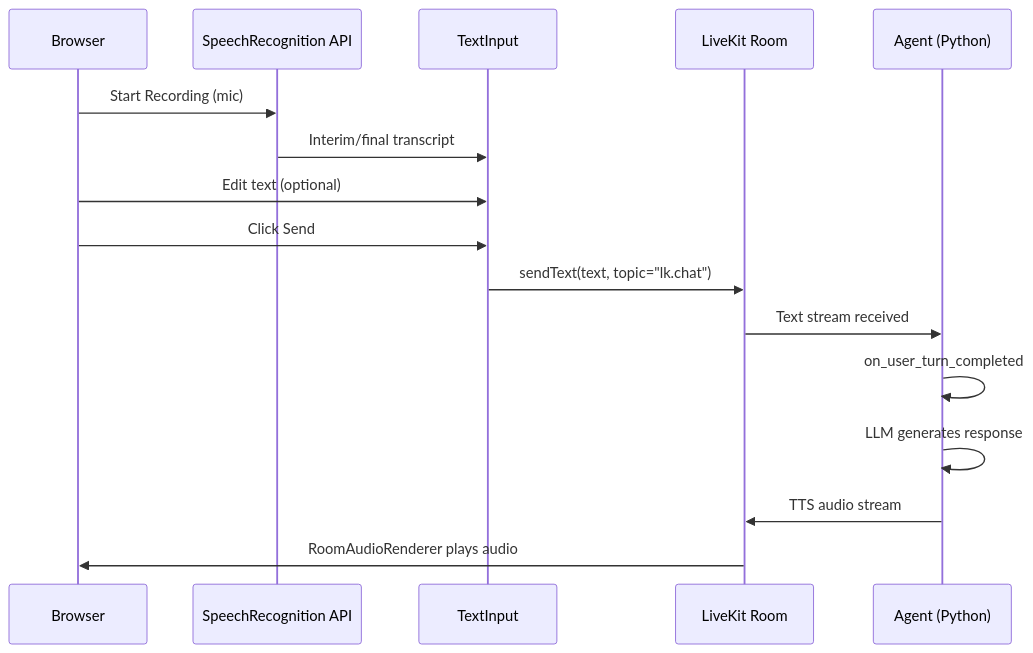
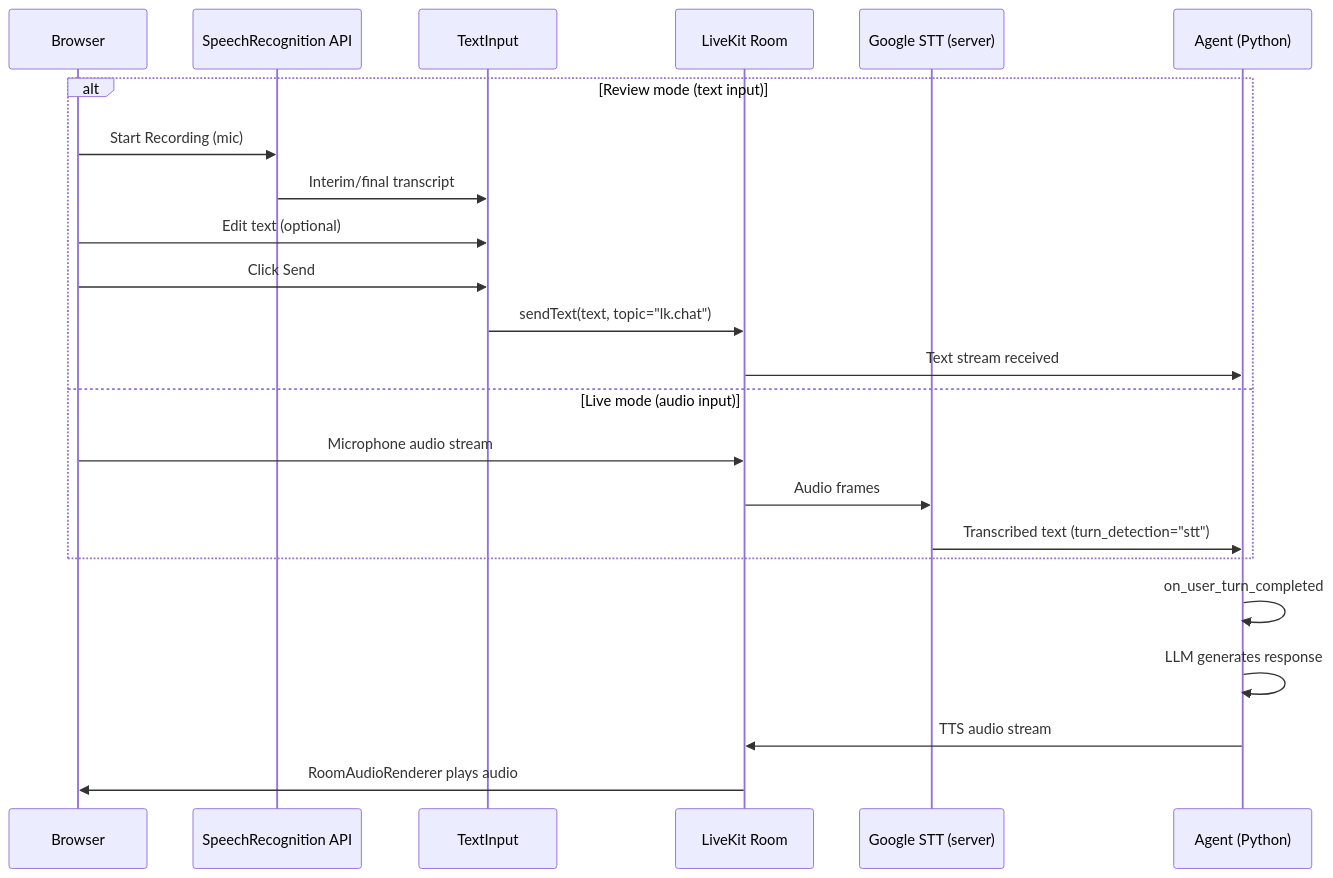
One commit to anhtranst/moc_interview_demo changed the second of 3 diagrams in README.md. Above: the diagram before and after it, drawn with Mermaid. The commit also changed other lines of this file, not shown here.

````diff
--- a/README.md
+++ b/README.md
@@ -53,19 +57,26 @@
 ```mermaid
 sequenceDiagram
     participant U as Browser
     participant SR as SpeechRecognition API
     participant TI as TextInput
     participant LK as LiveKit Room
+    participant STT as Google STT (server)
     participant A as Agent (Python)
 
-    U->>SR: Start Recording (mic)
-    SR->>TI: Interim/final transcript
-    U->>TI: Edit text (optional)
-    U->>TI: Click Send
-    TI->>LK: sendText(text, topic="lk.chat")
-    LK->>A: Text stream received
+    alt Review mode (text input)
+        U->>SR: Start Recording (mic)
+        SR->>TI: Interim/final transcript
+        U->>TI: Edit text (optional)
+        U->>TI: Click Send
+        TI->>LK: sendText(text, topic="lk.chat")
+        LK->>A: Text stream received
+    else Live mode (audio input)
+        U->>LK: Microphone audio stream
+        LK->>STT: Audio frames
+        STT->>A: Transcribed text (turn_detection="stt")
+    end
     A->>A: on_user_turn_completed
     A->>A: LLM generates response
     A->>LK: TTS audio stream
     LK->>U: RoomAudioRenderer plays audio
 ```
````
